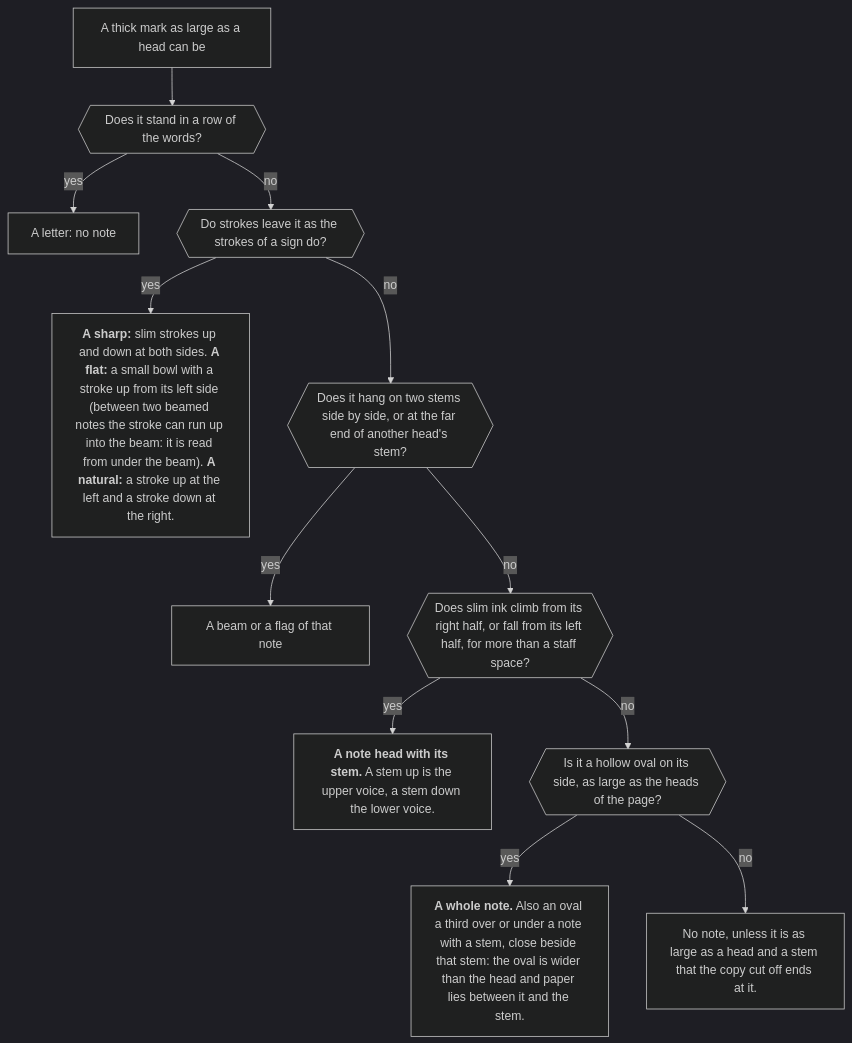
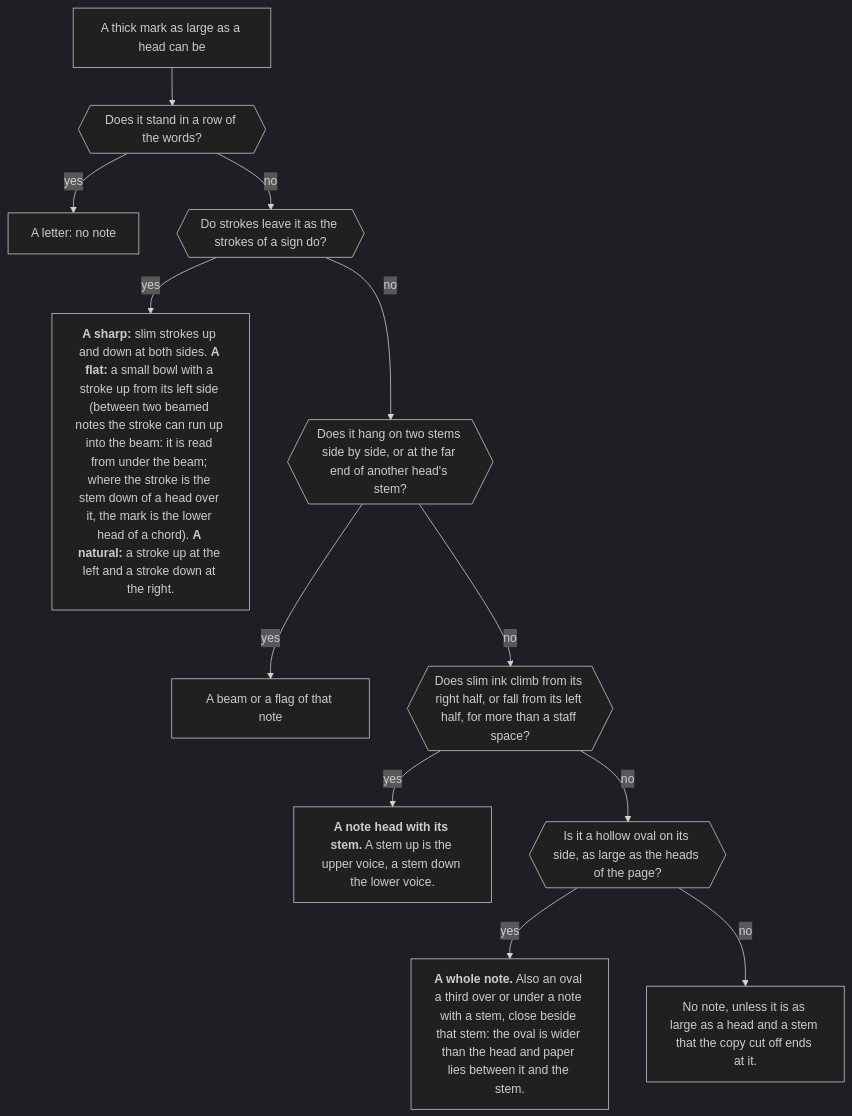
One commit to sweet-cicero/ScoreReader changed the fifth of 12 diagrams in README.md. Above: the diagram before and after it, drawn with Mermaid (dark theme). The commit also changed other lines of this file and 5 other files, not shown here.

````diff
--- a/README.md
+++ b/README.md
@@ -186,14 +186,14 @@
 ```mermaid
 flowchart TD
     mark["A thick mark as large as a head can be"] --> letter{{"Does it stand in a row of the words?"}}
     letter -- "yes" --> no1["A letter: no note"]
     letter -- "no" --> strokes{{"Do strokes leave it as the strokes of a sign do?"}}
-    strokes -- "yes" --> sign["<b>A sharp:</b> slim strokes up and down at both sides. <b>A flat:</b> a small bowl with a stroke up from its left side (between two beamed notes the stroke can run up into the beam: it is read from under the beam). <b>A natural:</b> a stroke up at the left and a stroke down at the right."]
+    strokes -- "yes" --> sign["<b>A sharp:</b> slim strokes up and down at both sides. <b>A flat:</b> a small bowl with a stroke up from its left side (between two beamed notes the stroke can run up into the beam: it is read from under the beam; where the stroke is the stem down of a head over it, the mark is the lower head of a chord). <b>A natural:</b> a stroke up at the left and a stroke down at the right."]
     strokes -- "no" --> far{{"Does it hang on two stems side by side, or at the far end of another head's stem?"}}
     far -- "yes" --> tail["A beam or a flag of that note"]
     far -- "no" --> stem{{"Does slim ink climb from its right half, or fall from its left half, for more than a staff space?"}}
     stem -- "yes" --> head["<b>A note head with its stem.</b> A stem up is the upper voice, a stem down the lower voice."]
     stem -- "no" --> oval{{"Is it a hollow oval on its side, as large as the heads of the page?"}}
     oval -- "yes" --> whole["<b>A whole note.</b> Also an oval a third over or under a note with a stem, close beside that stem: the oval is wider than the head and paper lies between it and the stem."]
     oval -- "no" --> orphan["No note, unless it is as large as a head and a stem that the copy cut off ends at it."]
 ```
````
